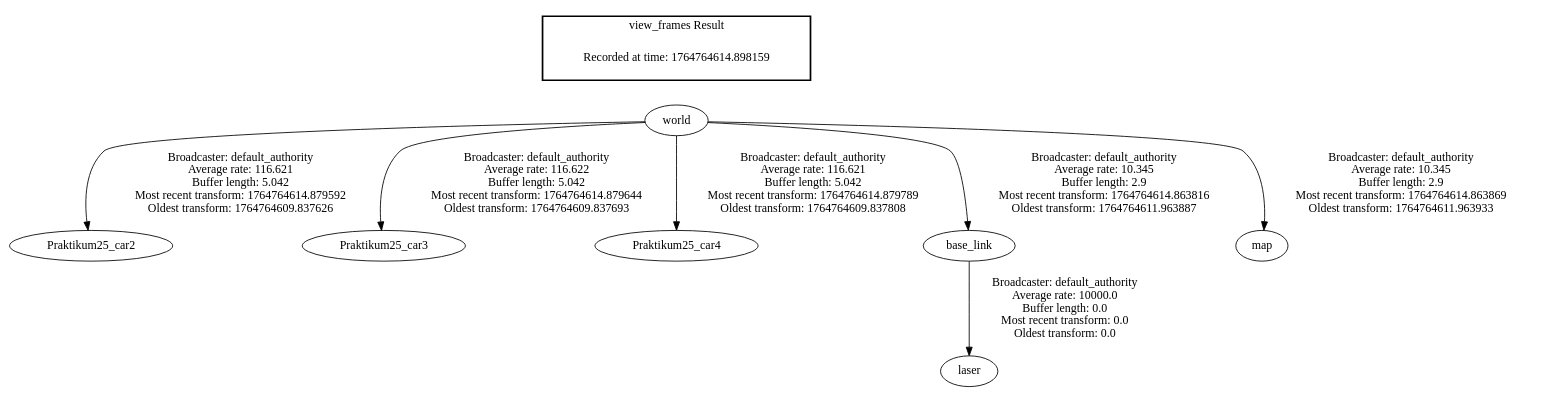
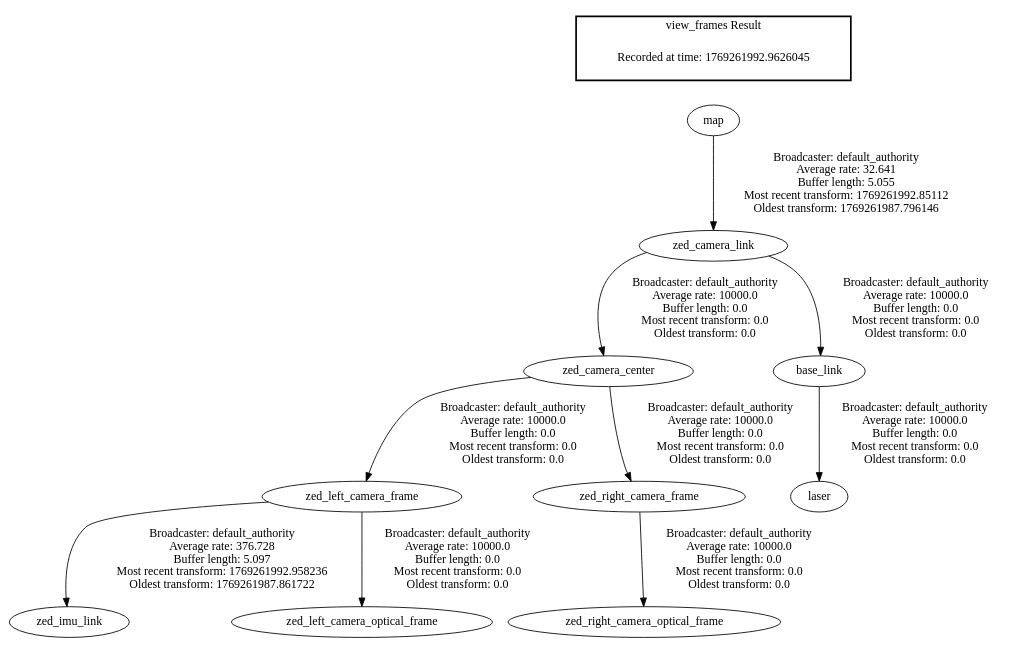
The diagram in frames.gv (FinnRobotic/AutonmFahren), drawn with Graphviz before and after one commit. The commit also changed 9 other files, not shown here.

```diff
--- a/frames.gv
+++ b/frames.gv
@@ -1,12 +1,15 @@
 digraph G {
-"world" -> "Praktikum25_car2"[label=" Broadcaster: default_authority\nAverage rate: 116.621\nBuffer length: 5.042\nMost recent transform: 1764764614.879592\nOldest transform: 1764764609.837626\n"];
-"world" -> "Praktikum25_car3"[label=" Broadcaster: default_authority\nAverage rate: 116.622\nBuffer length: 5.042\nMost recent transform: 1764764614.879644\nOldest transform: 1764764609.837693\n"];
-"world" -> "Praktikum25_car4"[label=" Broadcaster: default_authority\nAverage rate: 116.621\nBuffer length: 5.042\nMost recent transform: 1764764614.879789\nOldest transform: 1764764609.837808\n"];
+"zed_left_camera_frame" -> "zed_imu_link"[label=" Broadcaster: default_authority\nAverage rate: 376.728\nBuffer length: 5.097\nMost recent transform: 1769261992.958236\nOldest transform: 1769261987.861722\n"];
+"zed_camera_center" -> "zed_left_camera_frame"[label=" Broadcaster: default_authority\nAverage rate: 10000.0\nBuffer length: 0.0\nMost recent transform: 0.0\nOldest transform: 0.0\n"];
+"zed_camera_link" -> "base_link"[label=" Broadcaster: default_authority\nAverage rate: 10000.0\nBuffer length: 0.0\nMost recent transform: 0.0\nOldest transform: 0.0\n"];
+"map" -> "zed_camera_link"[label=" Broadcaster: default_authority\nAverage rate: 32.641\nBuffer length: 5.055\nMost recent transform: 1769261992.85112\nOldest transform: 1769261987.796146\n"];
 "base_link" -> "laser"[label=" Broadcaster: default_authority\nAverage rate: 10000.0\nBuffer length: 0.0\nMost recent transform: 0.0\nOldest transform: 0.0\n"];
-"world" -> "base_link"[label=" Broadcaster: default_authority\nAverage rate: 10.345\nBuffer length: 2.9\nMost recent transform: 1764764614.863816\nOldest transform: 1764764611.963887\n"];
-"world" -> "map"[label=" Broadcaster: default_authority\nAverage rate: 10.345\nBuffer length: 2.9\nMost recent transform: 1764764614.863869\nOldest transform: 1764764611.963933\n"];
+"zed_camera_link" -> "zed_camera_center"[label=" Broadcaster: default_authority\nAverage rate: 10000.0\nBuffer length: 0.0\nMost recent transform: 0.0\nOldest transform: 0.0\n"];
+"zed_left_camera_frame" -> "zed_left_camera_optical_frame"[label=" Broadcaster: default_authority\nAverage rate: 10000.0\nBuffer length: 0.0\nMost recent transform: 0.0\nOldest transform: 0.0\n"];
+"zed_camera_center" -> "zed_right_camera_frame"[label=" Broadcaster: default_authority\nAverage rate: 10000.0\nBuffer length: 0.0\nMost recent transform: 0.0\nOldest transform: 0.0\n"];
+"zed_right_camera_frame" -> "zed_right_camera_optical_frame"[label=" Broadcaster: default_authority\nAverage rate: 10000.0\nBuffer length: 0.0\nMost recent transform: 0.0\nOldest transform: 0.0\n"];
 edge [style=invis];
  subgraph cluster_legend { style=bold; color=black; label ="view_frames Result";
-"Recorded at time: 1764764614.898159"[ shape=plaintext ] ;
-}->"world";
+"Recorded at time: 1769261992.9626045"[ shape=plaintext ] ;
+}->"map";
 }
```
